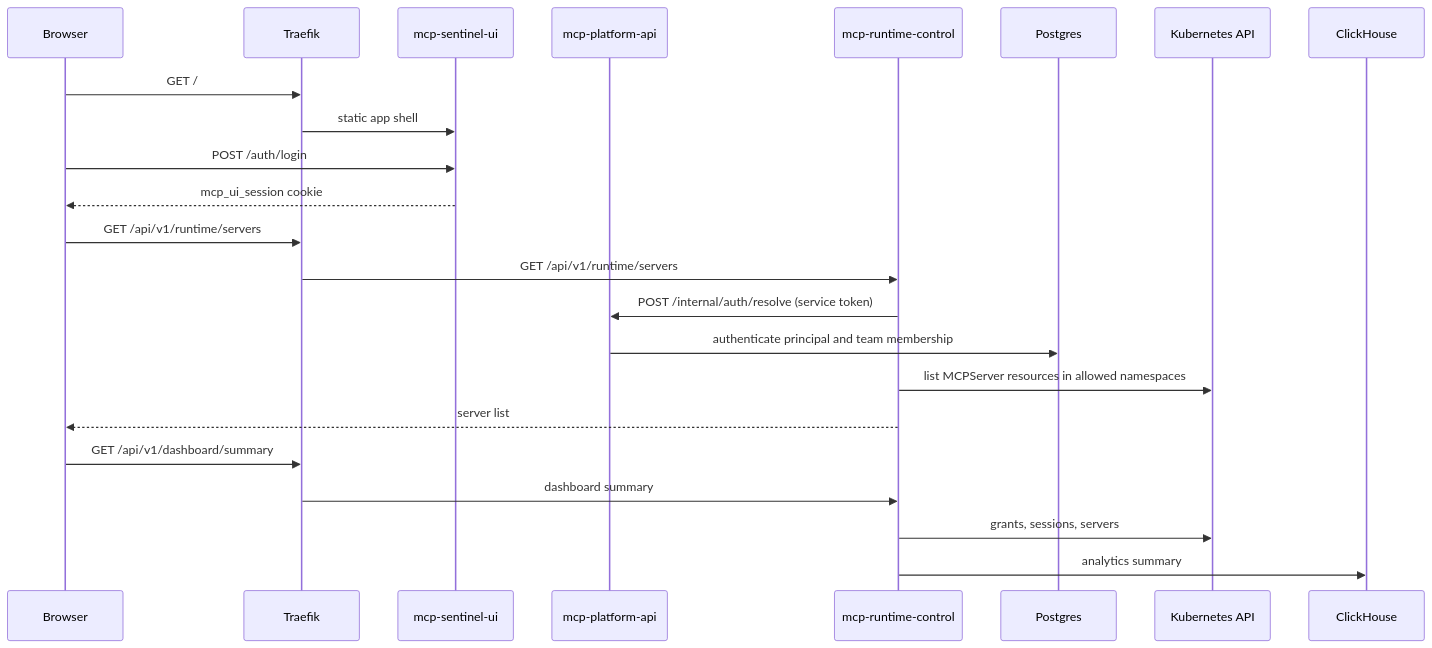
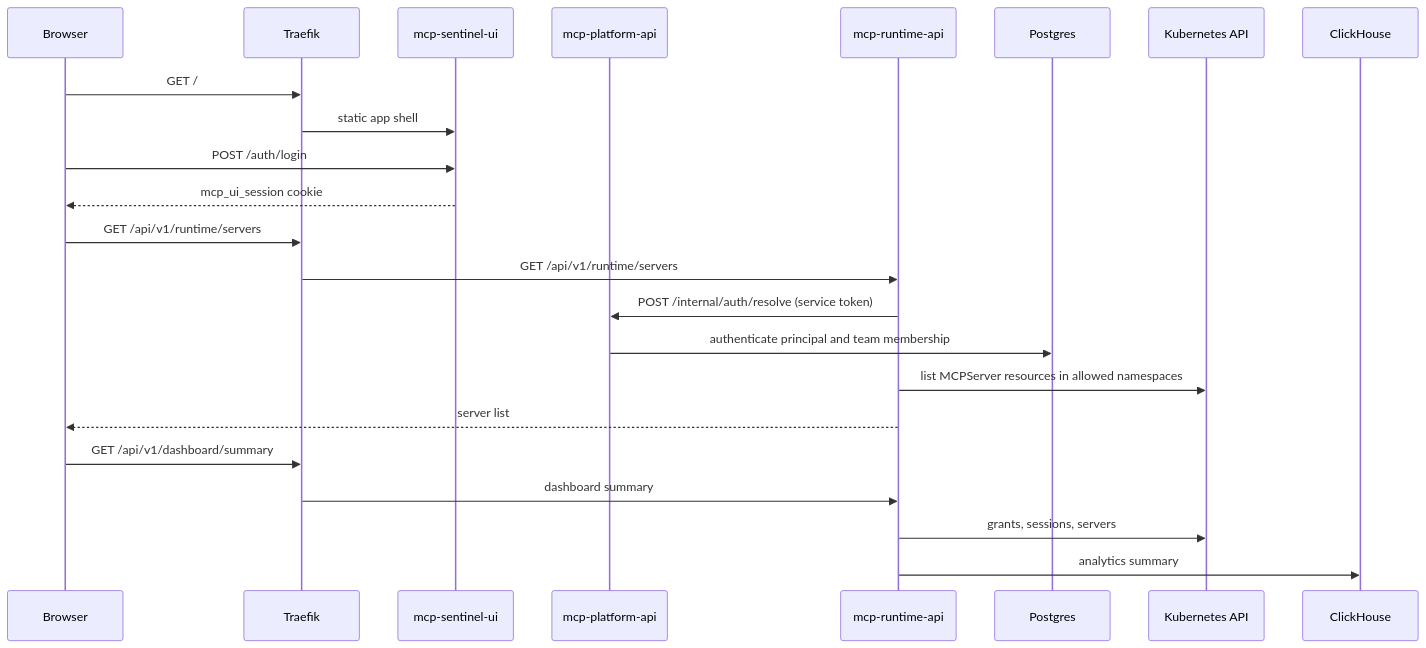
The fifth of 9 diagrams in docs/internals/request-flows.md (Agent-Hellboy/mcp-runtime), drawn with Mermaid before and after one commit. The commit also changed 134 other files, not shown here.

First line of the commit message:
refactor(sentinel): rename runtime-control to runtime-api

````diff
--- a/docs/internals/request-flows.md
+++ b/docs/internals/request-flows.md
@@ -154,26 +154,26 @@
 ```mermaid
 sequenceDiagram
     participant Browser
     participant Ingress as Traefik
     participant UI as mcp-sentinel-ui
     participant Platform as mcp-platform-api
-    participant Runtime as mcp-runtime-control
+    participant Runtime as mcp-runtime-api
     participant DB as Postgres
     participant K8s as Kubernetes API
     participant Store as ClickHouse
 
     Browser->>Ingress: GET /
     Ingress->>UI: static app shell
     Browser->>UI: POST /auth/login
     UI-->>Browser: mcp_ui_session cookie
     Browser->>Ingress: GET /api/v1/runtime/servers
     Ingress->>Runtime: GET /api/v1/runtime/servers
     Runtime->>Platform: POST /internal/auth/resolve (service token)
     Platform->>DB: authenticate principal and team membership
     Runtime->>K8s: list MCPServer resources in allowed namespaces
     Runtime-->>Browser: server list
     Browser->>Ingress: GET /api/v1/dashboard/summary
     Ingress->>Runtime: dashboard summary
     Runtime->>K8s: grants, sessions, servers
     Runtime->>Store: analytics summary
 ```
````
